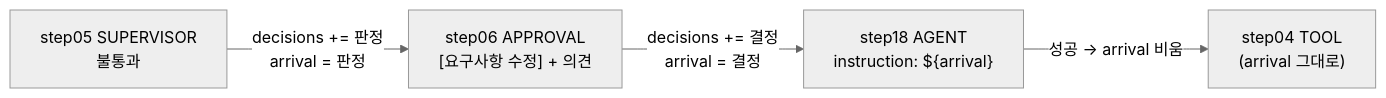
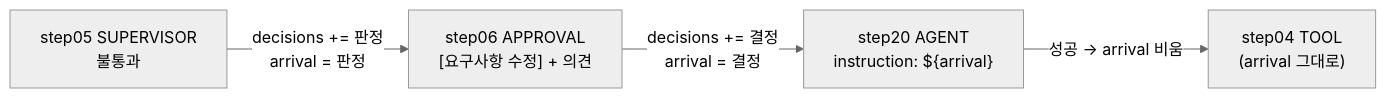
One commit to YongSoekChoeng/dstone changed the tenth of 11 diagrams in docs/09.dstone-ai-engine.md. Above: the diagram before and after it, drawn with Mermaid (neutral theme). The commit also changed other lines of this file and 11 other files, not shown here.

````diff
--- a/docs/09.dstone-ai-engine.md
+++ b/docs/09.dstone-ai-engine.md
@@ -832,6 +833,6 @@
 ```mermaid
 flowchart LR
     S05["step05 SUPERVISOR<br/>불통과"] -->|"decisions += 판정<br/>arrival = 판정"| S06["step06 APPROVAL<br/>[요구사항 수정] + 의견"]
-    S06 -->|"decisions += 결정<br/>arrival = 결정"| S18["step18 AGENT<br/>instruction: ${arrival}"]
-    S18 -->|"성공 → arrival 비움"| S04["step04 TOOL<br/>(arrival 그대로)"]
+    S06 -->|"decisions += 결정<br/>arrival = 결정"| S20["step20 AGENT<br/>instruction: ${arrival}"]
+    S20 -->|"성공 → arrival 비움"| S04["step04 TOOL<br/>(arrival 그대로)"]
 ```
````
